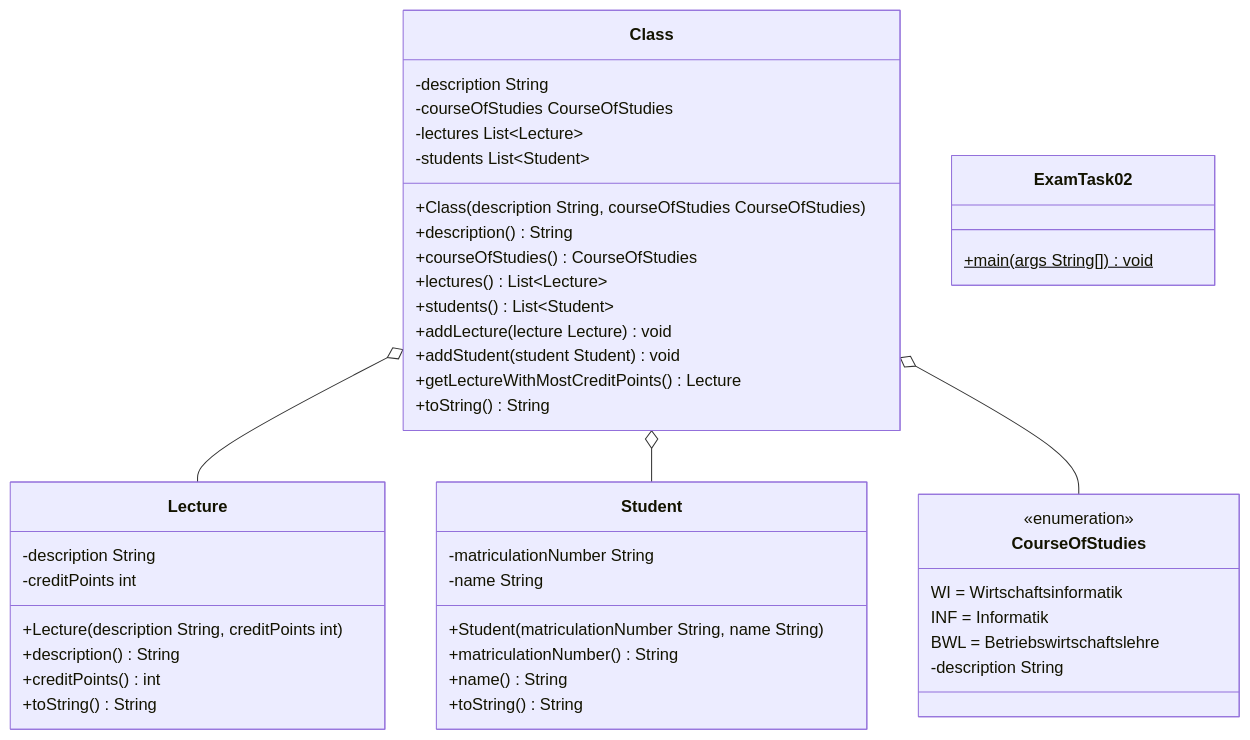
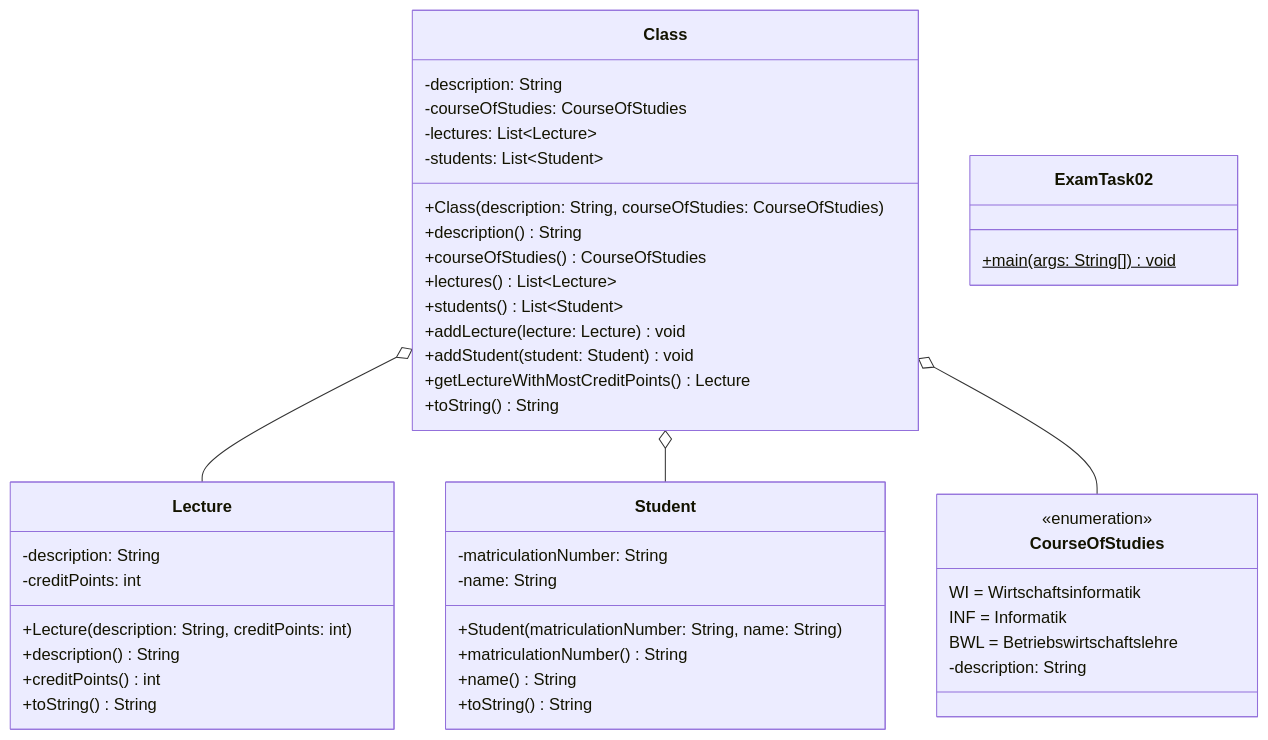
Before and after one commit to jappuccini/java-docs: the first of 3 diagrams in docs/additional-material/daniel-java1/sample-exam.md, drawn with Mermaid. The commit also changed other lines of this file and 76 other files, not shown here.

Commit message:
uml fixes (colons, properties), headline fixes (italic) and exam result updates

````diff
--- a/docs/additional-material/daniel-java1/sample-exam.md
+++ b/docs/additional-material/daniel-java1/sample-exam.md
@@ -116,52 +116,52 @@
 ```mermaid
 classDiagram
     Class o-- Lecture
     Class o-- Student
     Class o-- CourseOfStudies
 
     class Class {
-        -description String
-        -courseOfStudies CourseOfStudies
-        -lectures List~Lecture~
-        -students List~Student~
-        +Class(description String, courseOfStudies CourseOfStudies)
+        -description: String
+        -courseOfStudies: CourseOfStudies
+        -lectures: List~Lecture~
+        -students: List~Student~
+        +Class(description: String, courseOfStudies: CourseOfStudies)
         +description() String
         +courseOfStudies() CourseOfStudies
         +lectures() List~Lecture~
         +students() List~Student~
-        +addLecture(lecture Lecture) void
-        +addStudent(student Student) void
+        +addLecture(lecture: Lecture) void
+        +addStudent(student: Student) void
         +getLectureWithMostCreditPoints() Lecture
         +toString() String
     }
 
     class Student {
-        -matriculationNumber String
-        -name String
-        +Student(matriculationNumber String, name String)
+        -matriculationNumber: String
+        -name: String
+        +Student(matriculationNumber: String, name: String)
         +matriculationNumber() String
         +name() String
         +toString() String
     }
 
     class Lecture {
-        -description String
-        -creditPoints int
-        +Lecture(description String, creditPoints int)
+        -description: String
+        -creditPoints: int
+        +Lecture(description: String, creditPoints: int)
         +description() String
         +creditPoints() int
         +toString() String
     }
 
     class CourseOfStudies {
         <<enumeration>>
         WI = Wirtschaftsinformatik
         INF = Informatik
         BWL = Betriebswirtschaftslehre
-        -description String
+        -description: String
     }
 
     class ExamTask02 {
-        +main(args String[])$ void
+        +main(args: String[])$ void
     }
 ```
````
